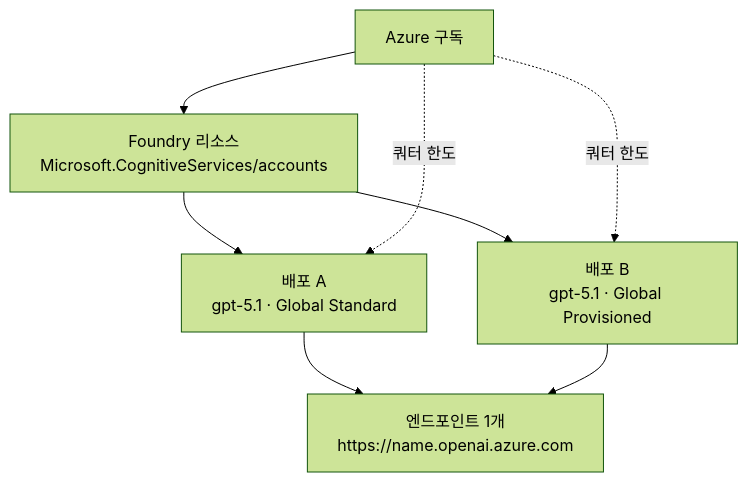
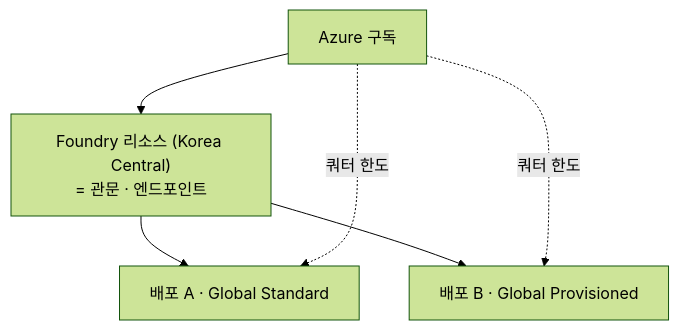
The first of 3 diagrams in guides/02-aoai-foundations/source.md (yunkyoungaum/aoai-onboarding-guide), drawn with Mermaid (forest theme) before and after one commit. The commit also changed other lines of this file and 1 other file, not shown here.

````diff
--- a/guides/02-aoai-foundations/source.md
+++ b/guides/02-aoai-foundations/source.md
@@ -14,10 +12,8 @@
 ```mermaid
 flowchart TB
-    SUB["Azure 구독"] --> RES["Foundry 리소스<br/>Microsoft.CognitiveServices/accounts"]
-    RES --> DEP1["배포 A<br/>gpt-5.1 · Global Standard"]
-    RES --> DEP2["배포 B<br/>gpt-5.1 · Global Provisioned"]
-    DEP1 --> EP["엔드포인트 1개<br/>https://name.openai.azure.com"]
-    DEP2 --> EP
+    SUB["Azure 구독"] --> RES["Foundry 리소스 (Korea Central)<br/>= 관문 · 엔드포인트"]
+    RES --> DEP1["배포 A · Global Standard"]
+    RES --> DEP2["배포 B · Global Provisioned"]
     SUB -.쿼터 한도.-> DEP1
     SUB -.쿼터 한도.-> DEP2
 ```
````
